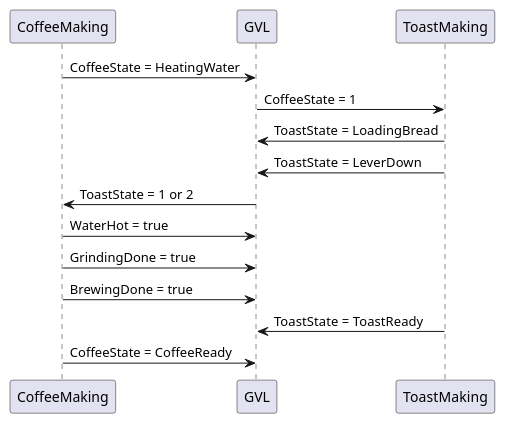
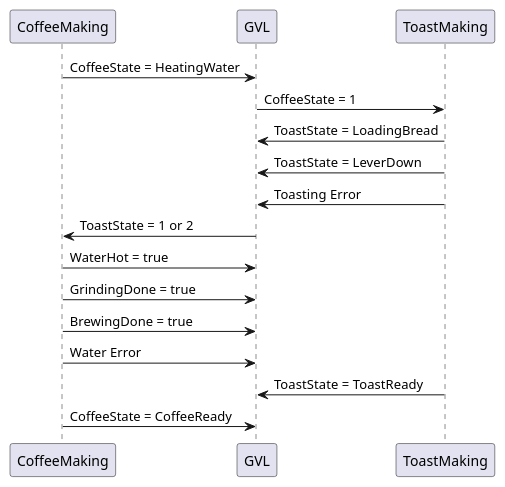
The diagram in src/chapter_3.md (phamnhatha090805/Final_Assignment_Process_Safety), drawn with PlantUML before and after one commit. The commit also changed 2 other files, not shown here.

Commit message:
Edit chapter 3: Add the error

````diff
--- a/src/chapter_3.md
+++ b/src/chapter_3.md
@@ -3,20 +3,22 @@
 ```plantuml
 @startuml
 participant CoffeeMaking
 participant GVL
 participant ToastMaking
 
 CoffeeMaking -> GVL: CoffeeState = HeatingWater
 GVL -> ToastMaking: CoffeeState = 1
 ToastMaking -> GVL: ToastState = LoadingBread
 ToastMaking -> GVL: ToastState = LeverDown
+ToastMaking -> GVL: Toasting Error
 
 GVL -> CoffeeMaking: ToastState = 1 or 2
 
 CoffeeMaking -> GVL: WaterHot = true
 CoffeeMaking -> GVL: GrindingDone = true
 CoffeeMaking -> GVL: BrewingDone = true
+CoffeeMaking -> GVL: Water Error
 ToastMaking -> GVL: ToastState = ToastReady
 CoffeeMaking -> GVL: CoffeeState = CoffeeReady
 @enduml
 ```
````
